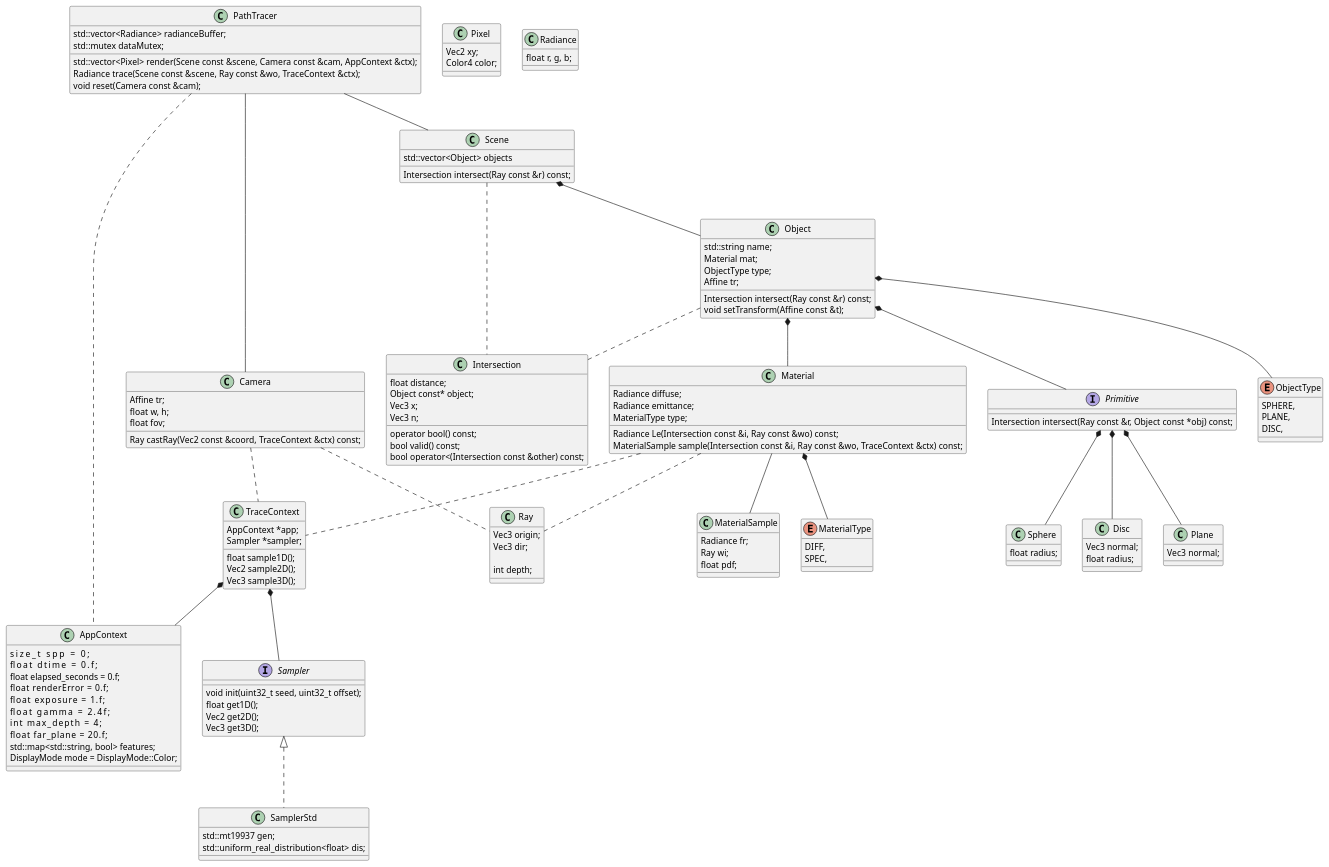
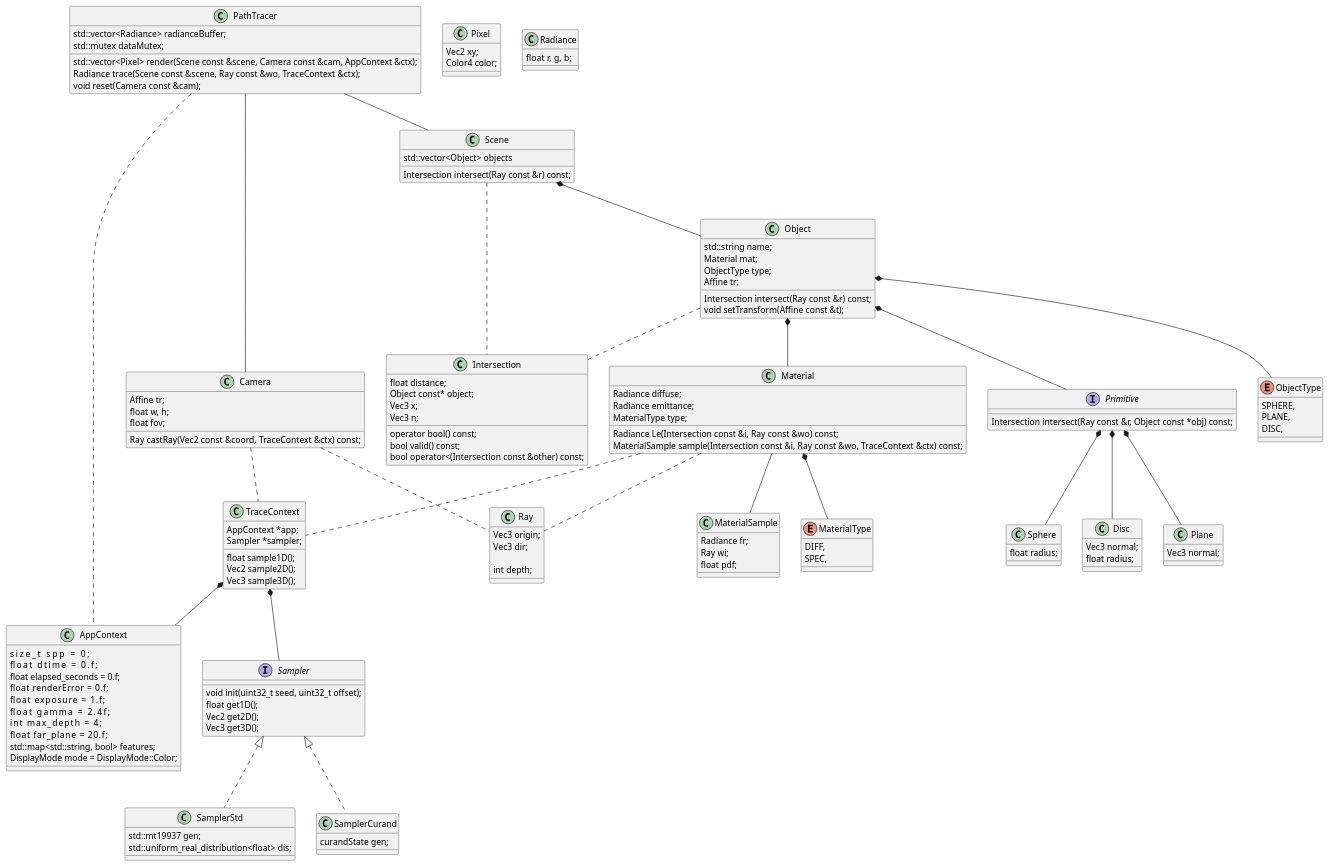
One commit to henrikuuste/pt_followup changed the second of 2 diagrams in architecture.wsd. Above: the diagram before and after it, drawn with PlantUML. The commit also changed other lines of this file and 12 other files, not shown here.

```diff
--- a/architecture.wsd
+++ b/architecture.wsd
@@ -29,171 +36,175 @@
 @startuml
 
 PathTracer -- Scene
 PathTracer -- Camera
 Scene *-- Object
 Object *-- Material
 PathTracer .. AppContext
 TraceContext *-- AppContext
 TraceContext *-- Sampler
 Material .. TraceContext
 Camera .. TraceContext
 Material -- MaterialSample
 Material *-- MaterialType
 Camera .. Ray
 Material .. Ray
 Scene .. Intersection
 Object .. Intersection
 Object *-- Primitive
 Primitive *-- Sphere
 Primitive *-- Disc
 Primitive *-- Plane
 Object *-- ObjectType
 
 class Pixel {
   Vec2 xy;
   Color4 color;
 }
 
 class Radiance {
   float r, g, b;
 }
 
 class AppContext {
   size_t spp            = 0;
   float dtime           = 0.f;
   float elapsed_seconds = 0.f;
   float renderError     = 0.f;
   float exposure        = 1.f;
   float gamma           = 2.4f;
   int max_depth         = 4;
   float far_plane       = 20.f;
   std::map<std::string, bool> features;
   DisplayMode mode = DisplayMode::Color;
 }
 
 class TraceContext {
   AppContext *app;
   Sampler *sampler;
   float sample1D();
   Vec2 sample2D();
   Vec3 sample3D();
 }
 
 class Scene {
   std::vector<Object> objects
   Intersection intersect(Ray const &r) const;
 }
 
 class Sphere {
   float radius;
 }
 
 class Plane {
   Vec3 normal;
 }
 
 class Disc {
   Vec3 normal;
   float radius;
 }
 
 interface Primitive {
   Intersection intersect(Ray const &r, Object const *obj) const;
 }
 
 enum ObjectType {
   SPHERE,
   PLANE,
   DISC,
 }
 
 class Object {
   std::string name;
   Material mat;
   ObjectType type;
   Affine tr;
   Intersection intersect(Ray const &r) const;
   void setTransform(Affine const &t);
 }
 
 enum MaterialType {
   DIFF,
   SPEC,
 }
 
 class Material {
   Radiance diffuse;
   Radiance emittance;
   MaterialType type;
 
   Radiance Le(Intersection const &i, Ray const &wo) const;
   MaterialSample sample(Intersection const &i, Ray const &wo, TraceContext &ctx) const;
 }
 
 class Intersection {
   float distance;
   Object const* object;
   Vec3 x;
   Vec3 n;
   ' Vec3 dudp, dvdp; Tangents
   ' Vec2 uv; Texture lookup coordinates
   operator bool() const;
   bool valid() const;
   bool operator<(Intersection const &other) const;
 }
 
 class Camera {
   Affine tr;
   float w, h;
   float fov;
   Ray castRay(Vec2 const &coord, TraceContext &ctx) const;
 }
 
 
 class MaterialSample {
   Radiance fr;
   Ray wi;
   float pdf;
 }
 
 class Ray {
   Vec3 origin;
   Vec3 dir;
 
   int depth;
 }
 
 class PathTracer {
   std::vector<Radiance> radianceBuffer;
   std::mutex dataMutex;
 
   std::vector<Pixel> render(Scene const &scene, Camera const &cam, AppContext &ctx);
   Radiance trace(Scene const &scene, Ray const &wo, TraceContext &ctx);
   void reset(Camera const &cam);
 }
 
 interface Sampler {
   void init(uint32_t seed, uint32_t offset);
   float get1D();
   Vec2 get2D();
   Vec3 get3D();
 }
 
 class SamplerStd implements Sampler {
   std::mt19937 gen;
   std::uniform_real_distribution<float> dis;
 }
 
+class SamplerCurand implements Sampler {
+  curandState gen;
+}
+
 ' class Path {
 '   std::vector<Bounce> vertices
 ' }
 
 ' Path *-- Bounce
 
 ' class Bounce {
 
 ' }
 
 ' PathTracer -- PathIntegrator
 ' PathIntegrator -- Path
 @enduml
```
